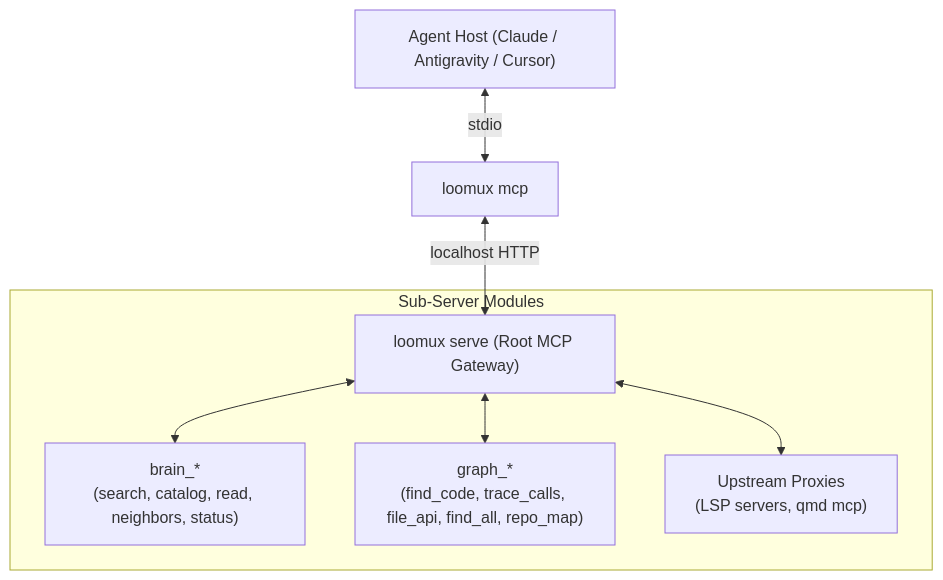
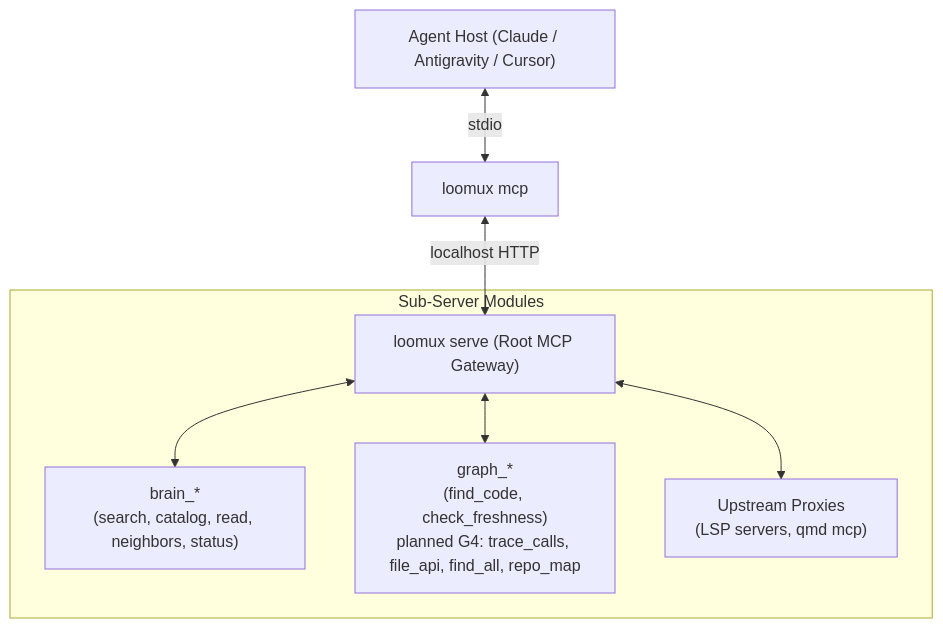
The fourth of 4 diagrams in README.md (xidus90/loomux), drawn with Mermaid before and after one commit. The commit also changed other lines of this file and 9 other files, not shown here.

First line of the commit message:
docs(graph): record stage G3

````diff
--- a/README.md
+++ b/README.md
@@ -96,11 +96,11 @@
 ```mermaid
 flowchart TD
     Host["Agent Host (Claude / Antigravity / Cursor)"] <--> |stdio| Bridge["loomux mcp"]
     Bridge <--> |localhost HTTP| Root["loomux serve (Root MCP Gateway)"]
     
     subgraph Namespaces["Sub-Server Modules"]
         Root <--> Brain["brain_*<br/>(search, catalog, read, neighbors, status)"]
-        Root <--> Graph["graph_*<br/>(find_code, trace_calls, file_api, find_all, repo_map)"]
+        Root <--> Graph["graph_*<br/>(find_code, check_freshness)<br/>planned G4: trace_calls, file_api, find_all, repo_map"]
         Root <--> Upstreams["Upstream Proxies<br/>(LSP servers, qmd mcp)"]
     end
 ```
````
